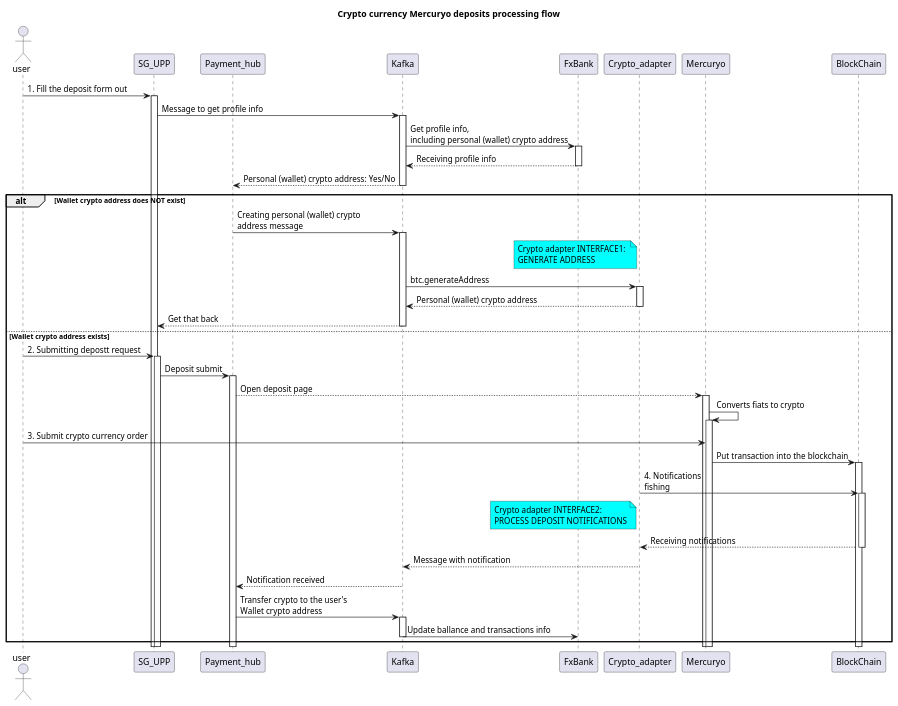
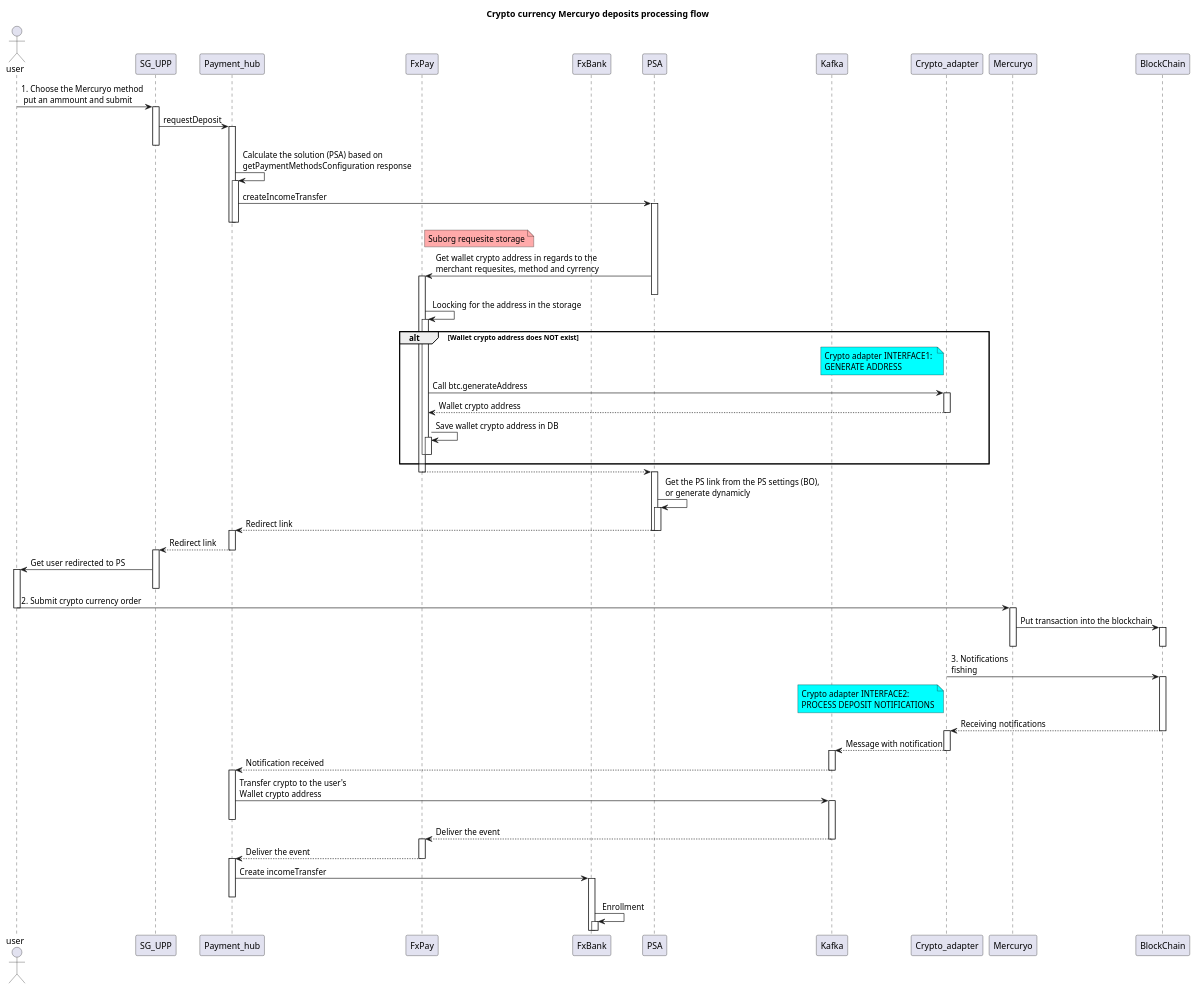
The diagram in UML practice/docs/diagrams/src/OMEGA-17 Bits of Gold payment verification/BoG-sequence.wsd (milovdg/UMLPractice), drawn with PlantUML before and after one commit.

```diff
--- a/UML practice/docs/diagrams/src/OMEGA-17 Bits of Gold payment verification/BoG-sequence.wsd
+++ b/UML practice/docs/diagrams/src/OMEGA-17 Bits of Gold payment verification/BoG-sequence.wsd
@@ -1,44 +1,80 @@
 @startuml
 
 title Crypto currency Mercuryo deposits processing flow 
 
 actor user
 participant SG_UPP
 participant Payment_hub
+participant FxPay
+participant FxBank
+participant PSA
 participant Kafka
-participant FxBank
 participant Crypto_adapter
 participant Mercuryo
 participant BlockChain
 
-user -> SG_UPP ++: 1. Fill the deposit form out
-SG_UPP -> Kafka ++: Message to get profile info
-Kafka -> FxBank ++: Get profile info, \nincluding personal (wallet) crypto address
-Kafka <-- FxBank --: Receiving profile info
-Payment_hub <-- Kafka --: Personal (wallet) crypto address: Yes/No
+user -> SG_UPP ++: 1. Choose the Mercuryo method \n put an ammount and submit
+SG_UPP -> Payment_hub ++: requestDeposit
+deactivate SG_UPP
+Payment_hub -> Payment_hub ++: Calculate the solution (PSA) based on \ngetPaymentMethodsConfiguration response
+Payment_hub -> PSA ++: createIncomeTransfer
+deactivate Payment_hub
+deactivate Payment_hub
+note right of FxPay #FFAAAA: Suborg requesite storage
+PSA -> FxPay ++: Get wallet crypto address in regards to the \nmerchant requesites, method and cyrrency
+deactivate PSA
+FxPay -> FxPay ++: Loocking for the address in the storage
+
 alt Wallet crypto address does NOT exist
-Payment_hub -> Kafka ++: Creating personal (wallet) crypto \naddress message
-note left of Crypto_adapter #Aqua : Crypto adapter INTERFACE1: \nGENERATE ADDRESS
-Kafka -> Crypto_adapter ++: btc.generateAddress
-Kafka <-- Crypto_adapter --: Personal (wallet) crypto address
-Kafka --> SG_UPP --: Get that back
+    note left of Crypto_adapter #Aqua : Crypto adapter INTERFACE1: \nGENERATE ADDRESS
+    FxPay -> Crypto_adapter ++: Call btc.generateAddress
+    FxPay <-- Crypto_adapter --: Wallet crypto address
+    FxPay -> FxPay ++: Save wallet crypto address in DB
+    
+    deactivate FxPay
+    deactivate FxPay
+end
+FxPay --> PSA
+deactivate FxPay
 
-else Wallet crypto address exists
-user -> SG_UPP ++: 2. Submitting depostt request
-SG_UPP -> Payment_hub ++: Deposit submit
-Payment_hub --> Mercuryo ++: Open deposit page
-Mercuryo -> Mercuryo ++: Converts fiats to crypto
-user -> Mercuryo --: 3. Submit crypto currency order
+activate PSA
+PSA -> PSA ++: Get the PS link from the PS settings (BO), \nor generate dynamicly  
+
+PSA --> Payment_hub --: Redirect link
+activate Payment_hub
+deactivate PSA
+Payment_hub --> SG_UPP --: Redirect link
+
+activate SG_UPP
+user <- SG_UPP ++: Get user redirected to PS 
+deactivate SG_UPP
+
+user -> Mercuryo --: 2. Submit crypto currency order
+activate Mercuryo
 Mercuryo -> BlockChain ++: Put transaction into the blockchain
-Crypto_adapter -> BlockChain ++: 4. Notifications \nfishing
+deactivate Mercuryo
+deactivate BlockChain
+Crypto_adapter -> BlockChain ++: 3. Notifications \nfishing
 note left of Crypto_adapter #Aqua : Crypto adapter INTERFACE2: \nPROCESS DEPOSIT NOTIFICATIONS
+
 Crypto_adapter <-- BlockChain --: Receiving notifications
+activate Crypto_adapter
+deactivate BlockChain
 Crypto_adapter --> Kafka --: Message with notification
+activate Kafka
 Kafka --> Payment_hub --: Notification received
+activate Payment_hub
 Payment_hub -> Kafka ++: Transfer crypto to the user's \nWallet crypto address
-Kafka -> FxBank --: Update ballance and transactions info
+deactivate Payment_hub
 
-end
+Kafka --> FxPay --: Deliver the event
+activate FxPay
+FxPay --> Payment_hub  --: Deliver the event
+activate Payment_hub
+Payment_hub -> FxBank ++: Create incomeTransfer
+deactivate Payment_hub
+FxBank -> FxBank ++: Enrollment
+
 
 
 @enduml
```
